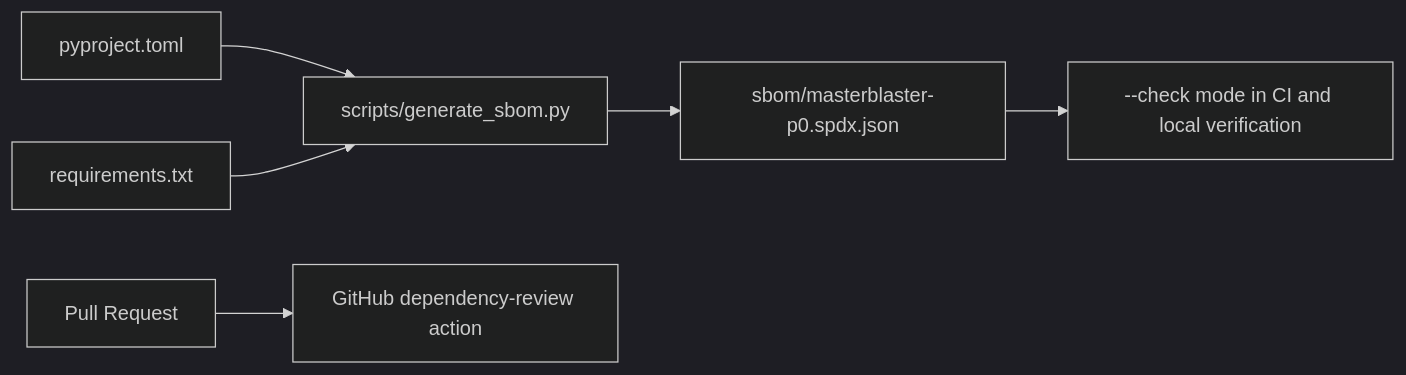
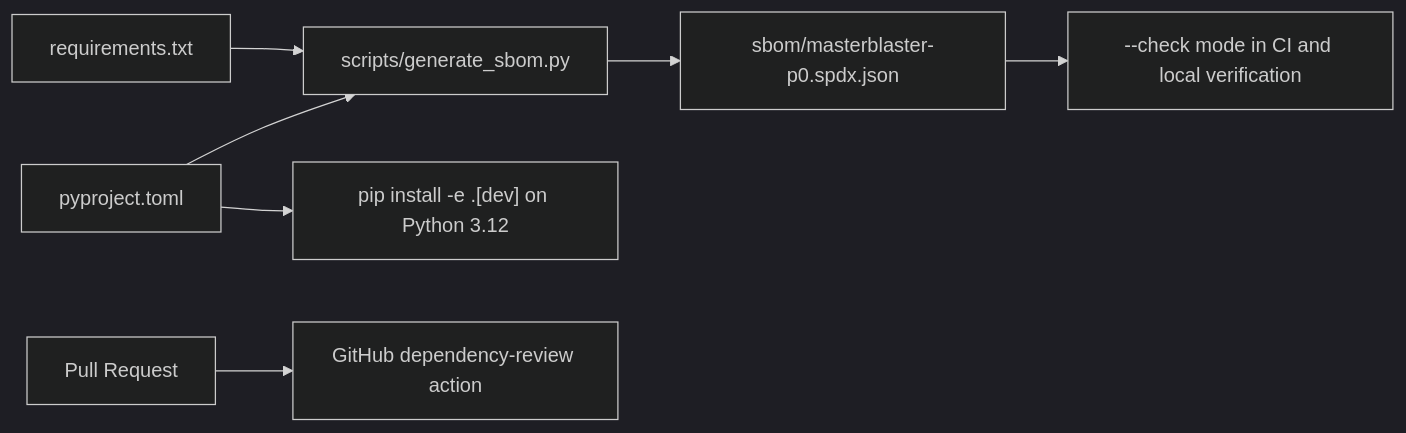
One commit to eregular13/MasterBlaster changed the diagram in docs/supply-chain/sbom-and-dependency-review.md. Above: the diagram before and after it, drawn with Mermaid (dark theme). The commit also changed other lines of this file and 32 other files, not shown here.

````diff
--- a/docs/supply-chain/sbom-and-dependency-review.md
+++ b/docs/supply-chain/sbom-and-dependency-review.md
@@ -18,8 +20,9 @@
 ```mermaid
 flowchart LR
   PyProject["pyproject.toml"] --> Generator["scripts/generate_sbom.py"]
   Requirements["requirements.txt"] --> Generator
   Generator --> SBOM["sbom/masterblaster-p0.spdx.json"]
   SBOM --> Check["--check mode in CI and local verification"]
+  PyProject --> Install["pip install -e .[dev] on Python 3.12"]
   PullRequest["Pull Request"] --> DependencyReview["GitHub dependency-review action"]
 ```
````
